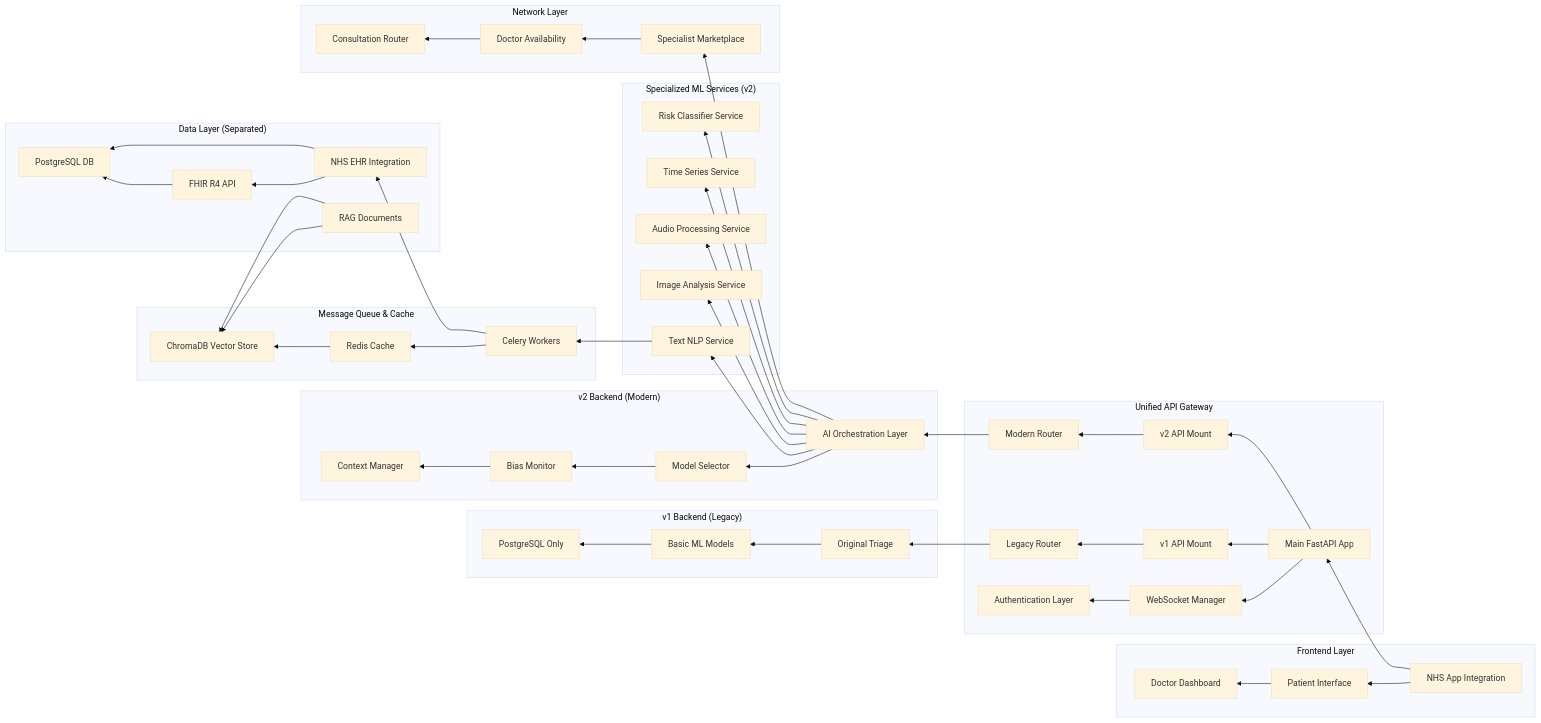
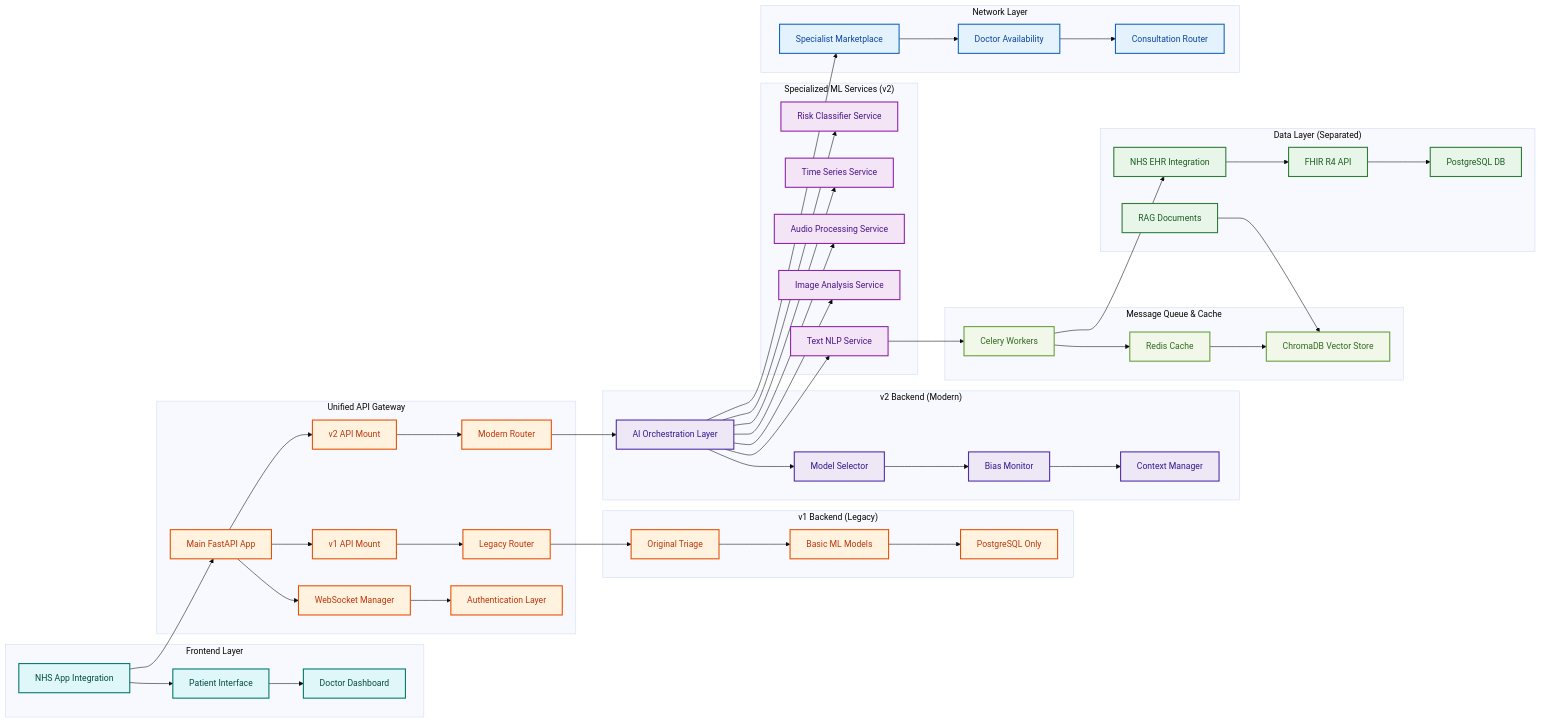
Before and after one commit to hr1juldey/FairWorks_FairDOC: the diagram in Fairdoc/backend/README.md, drawn with Mermaid (base theme). The commit also changed other lines of this file and 1 other file, not shown here.

Commit message:
diagram update

````diff
--- a/Fairdoc/backend/README.md
+++ b/Fairdoc/backend/README.md
@@ -43,61 +44,83 @@
 ```mermaid
-graph RL
+graph LR
+    %% Frontend Layer
     subgraph "Frontend Layer"
-        A[NHS App Integration] --> B[Patient Interface]
-        B --> C[Doctor Dashboard]
+        A[NHS App Integration]:::frontend --> B[Patient Interface]:::frontend
+        B --> C[Doctor Dashboard]:::frontend
     end
-    
+
+    %% API Gateway
     subgraph "Unified API Gateway"
-        D[Main FastAPI App] --> E[WebSocket Manager]
-        E --> F[Authentication Layer]
-        D --> G[v1 API Mount]
-        D --> H[v2 API Mount]
-        G --> I[Legacy Router]
-        H --> J[Modern Router]
+        D[Main FastAPI App]:::gateway --> E[WebSocket Manager]:::gateway
+        E --> F[Authentication Layer]:::gateway
+        D --> G[v1 API Mount]:::gateway
+        D --> H[v2 API Mount]:::gateway
+        G --> I[Legacy Router]:::gateway
+        H --> J[Modern Router]:::gateway
     end
-    
+
+    %% v1 Backend (Legacy)
     subgraph "v1 Backend (Legacy)"
-        K[Original Triage] --> L[Basic ML Models]
-        L --> M[PostgreSQL Only]
-        I --> K
+        I --> K[Original Triage]:::gateway
+        K --> L[Basic ML Models]:::gateway
+        L --> M[PostgreSQL Only]:::gateway
     end
-    
+
+    %% v2 Backend (Modern)
     subgraph "v2 Backend (Modern)"
-        N[AI Orchestration Layer] --> O[Model Selector]
-        O --> P[Bias Monitor]
-        P --> Q[Context Manager]
-        J --> N
+        J --> N[AI Orchestration Layer]:::ai
+        N --> O[Model Selector]:::ai
+        O --> P[Bias Monitor]:::ai
+        P --> Q[Context Manager]:::ai
     end
-    
+
+    %% Specialized ML Services (v2)
     subgraph "Specialized ML Services (v2)"
-        R[Text NLP Service]
-        S[Image Analysis Service]
-        T[Audio Processing Service]
-        U[Time Series Service]
-        V[Risk Classifier Service]
+        R[Text NLP Service]:::ml
+        S[Image Analysis Service]:::ml
+        T[Audio Processing Service]:::ml
+        U[Time Series Service]:::ml
+        V[Risk Classifier Service]:::ml
     end
-    
+
+    %% Message Queue & Cache
     subgraph "Message Queue & Cache"
-        W[Celery Workers] --> X[Redis Cache]
-        X --> Y[ChromaDB Vector Store]
+        W[Celery Workers]:::queue --> X[Redis Cache]:::queue
+        X --> Y[ChromaDB Vector Store]:::queue
     end
-    
+
+    %% Data Layer (Separated)
     subgraph "Data Layer (Separated)"
-        Z[NHS EHR Integration] --> AA[FHIR R4 API]
-        AA --> BB[PostgreSQL DB]
-        CC[RAG Documents] --> Y
+        Z[NHS EHR Integration]:::data --> AA[FHIR R4 API]:::data
+        AA --> BB[PostgreSQL DB]:::data
+        CC[RAG Documents]:::data --> Y
     end
-    
+
+    %% Network Layer
     subgraph "Network Layer"
-        DD[Specialist Marketplace] --> EE[Doctor Availability]
-        EE --> FF[Consultation Router]
+        DD[Specialist Marketplace]:::network --> EE[Doctor Availability]:::network
+        EE --> FF[Consultation Router]:::network
     end
-    
+
+    %% Cross-Layer Interactions
     A --> D
-    N --> R & S & T & U & V
+    N --> R
+    N --> S
+    N --> T
+    N --> U
+    N --> V
     R --> W
     N --> DD
     W --> Z
-    Z --> BB
-    CC --> Y
+
+    %% Define custom styles
+    classDef frontend fill:#e0f7fa,stroke:#00796b,stroke-width:2px,color:#004d40;
+    classDef gateway  fill:#fff3e0,stroke:#e65100,stroke-width:2px,color:#bf360c;
+    classDef ai       fill:#ede7f6,stroke:#512da8,stroke-width:2px,color:#311b92;
+    classDef ml       fill:#f3e5f5,stroke:#8e24aa,stroke-width:2px,color:#4a148c;
+    classDef queue    fill:#f1f8e9,stroke:#689f38,stroke-width:2px,color:#33691e;
+    classDef data     fill:#e8f5e9,stroke:#2e7d32,stroke-width:2px,color:#1b5e20;
+    classDef network  fill:#e3f2fd,stroke:#1565c0,stroke-width:2px,color:#0d47a1;
+
+
 ```
````
